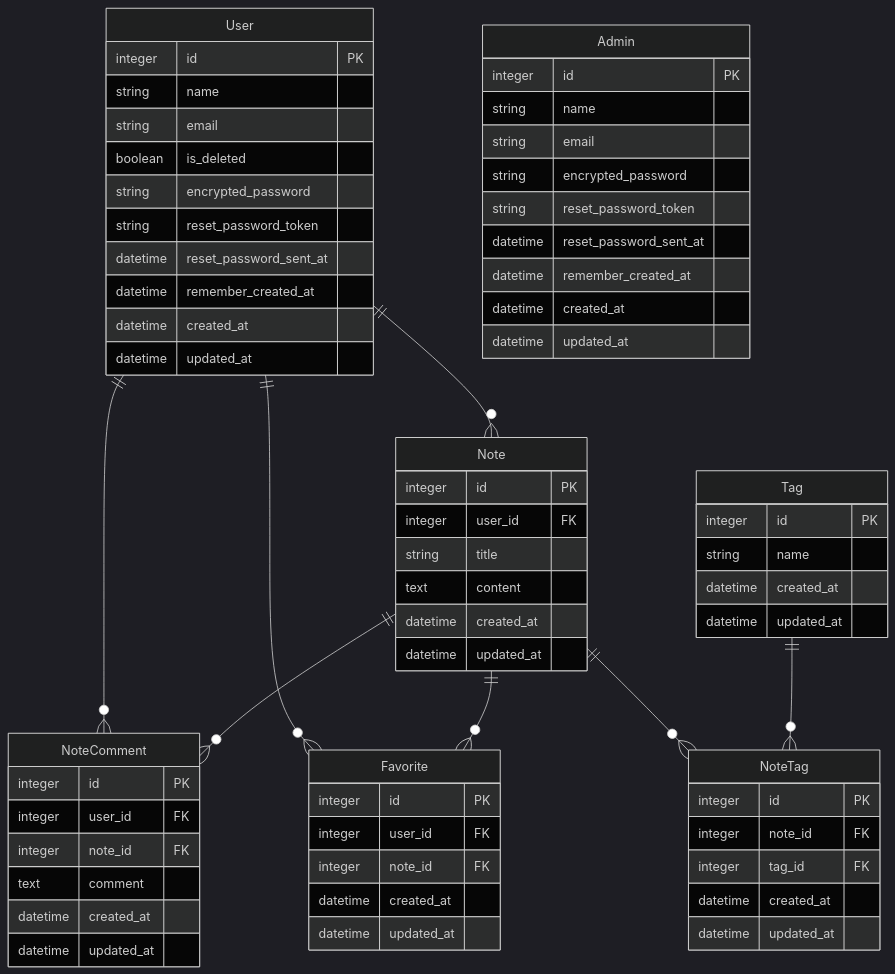
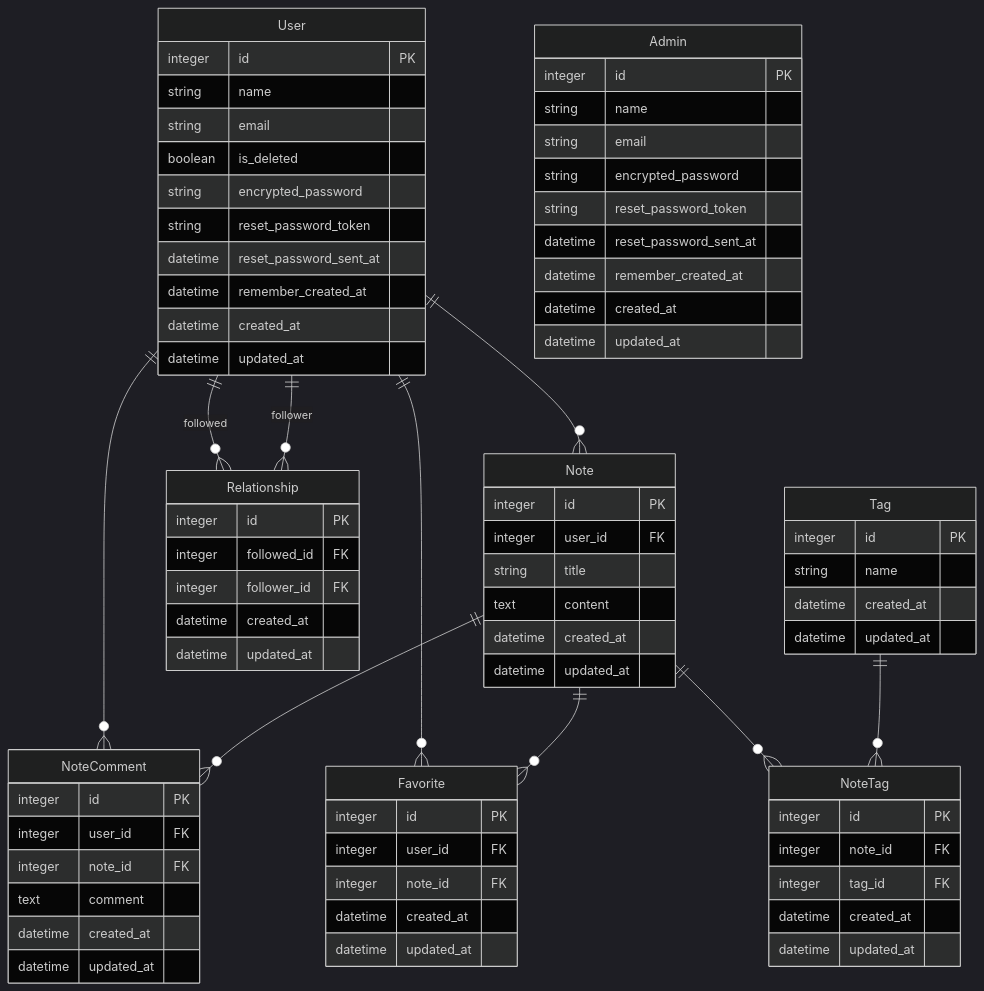
Before and after one commit to urotansh/term-app: the diagram in README.md, drawn with Mermaid (dark theme).

Commit message:
[Add] README.md ER図へエンティティ(Relationship)追加

````diff
--- a/README.md
+++ b/README.md
@@ -31,10 +31,12 @@
   User ||--o{ Note: ""
   User ||--o{ Favorite: ""
   User ||--o{ NoteComment: ""
+  User ||--o{ Relationship: "followed"
+  User ||--o{ Relationship: "follower"
   Note ||--o{ NoteComment: ""
   Note ||--o{ Favorite: ""
   Note ||--o{ NoteTag: ""
-  Tag ||--o{ NoteTag: ""
+  Tag  ||--o{ NoteTag: ""
 
   User {
     integer   id                      PK
@@ -101,4 +103,12 @@
     datetime  created_at                
     datetime  updated_at                
   }
+
+  Relationship {
+    integer   id                      PK
+    integer   followed_id             FK
+    integer   follower_id             FK
+    datetime  created_at                
+    datetime  updated_at                
+  }
 ```
````
